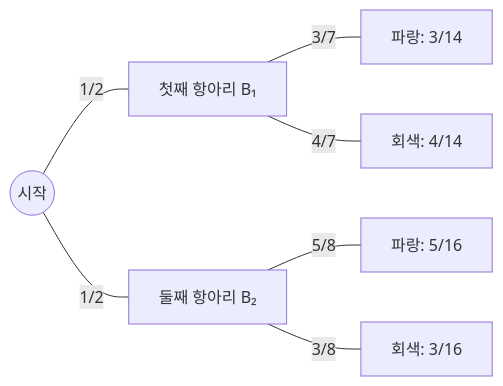
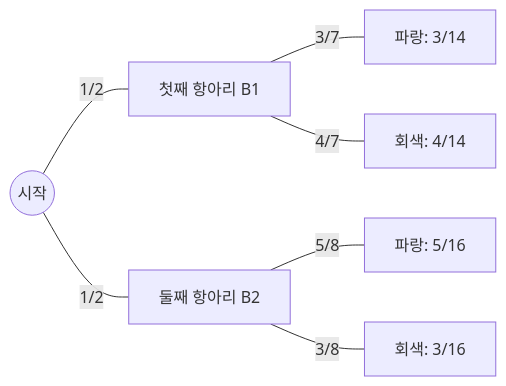
One commit to Choroning/25Fall_Discrete-Mathematics changed the tenth of 10 diagrams in Lecture-Notes/Ch09_Counting-and-Probability/Concepts_Lecture.ko.md. Above: the diagram before and after it, drawn with Mermaid. The commit also changed other lines of this file and 37 other files, not shown here.

````diff
--- a/Lecture-Notes/Ch09_Counting-and-Probability/Concepts_Lecture.ko.md
+++ b/Lecture-Notes/Ch09_Counting-and-Probability/Concepts_Lecture.ko.md
@@ -1596,9 +1598,9 @@
 ```mermaid
 graph LR
-    S(("시작")) ---|"1/2"| U1["첫째 항아리 B₁"]
-    S ---|"1/2"| U2["둘째 항아리 B₂"]
+    S(("시작")) ---|"1/2"| U1["첫째 항아리 B1"]
+    S ---|"1/2"| U2["둘째 항아리 B2"]
     U1 ---|"3/7"| L1["파랑: 3/14"]
     U1 ---|"4/7"| L2["회색: 4/14"]
     U2 ---|"5/8"| L3["파랑: 5/16"]
     U2 ---|"3/8"| L4["회색: 3/16"]
 ```
````
